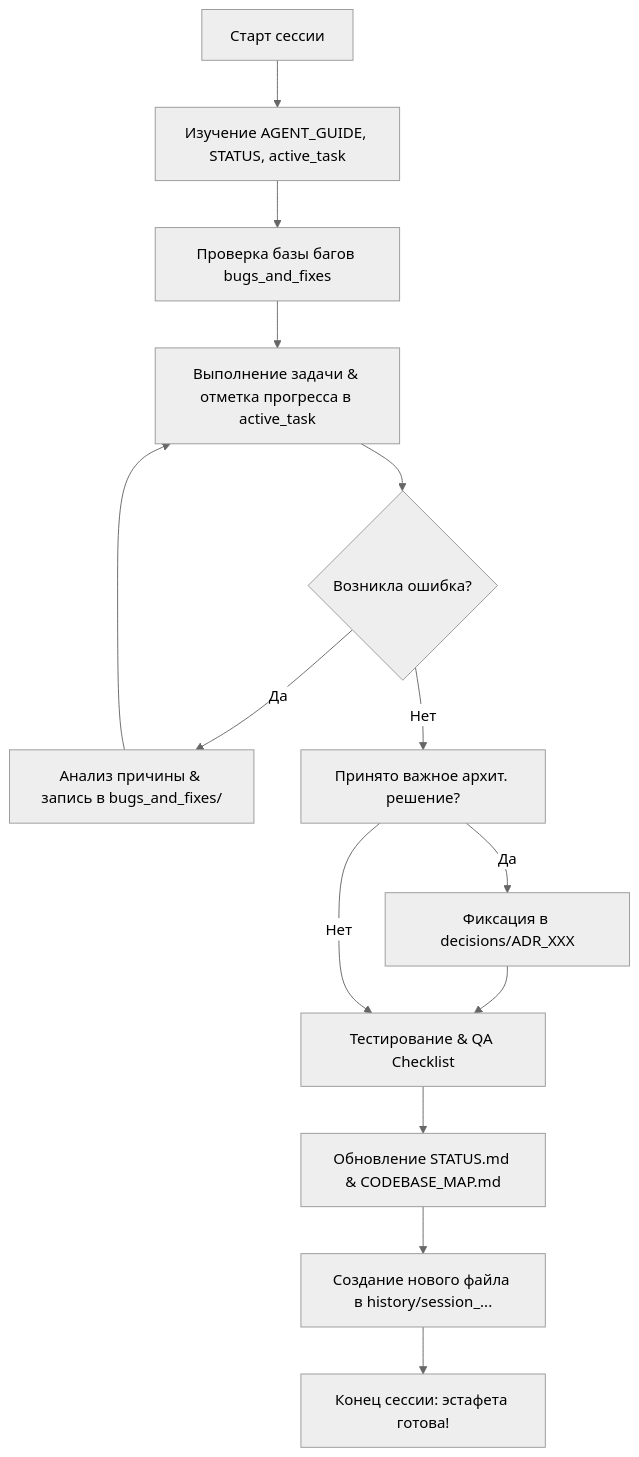
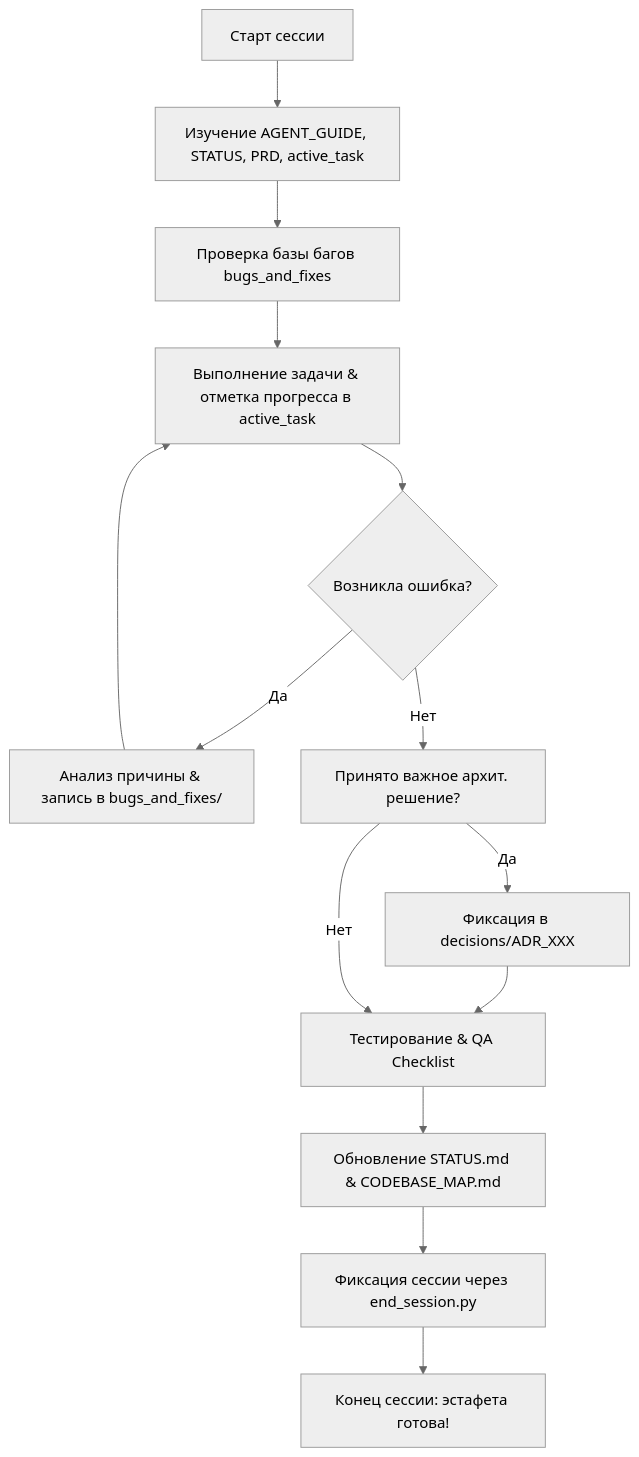
The diagram in agents/AGENT_GUIDE.md (madsaomi/agents), drawn with Mermaid (neutral theme) before and after one commit. The commit also changed other lines of this file and 11 other files, not shown here.

Commit message:
feat: add AI tool bridges, PRD roadmap, dump_context and end_session tools

````diff
--- a/agents/AGENT_GUIDE.md
+++ b/agents/AGENT_GUIDE.md
@@ -85,16 +91,16 @@
 ```mermaid
 graph TD
-    A[Старт сессии] --> B[Изучение AGENT_GUIDE, STATUS, active_task]
+    A[Старт сессии] --> B[Изучение AGENT_GUIDE, STATUS, PRD, active_task]
     B --> C[Проверка базы багов bugs_and_fixes]
     C --> D[Выполнение задачи & отметка прогресса в active_task]
     D --> E{Возникла ошибка?}
     E -- Да --> F[Анализ причины & запись в bugs_and_fixes/]
     F --> D
     E -- Нет --> G[Принято важное архит. решение?]
     G -- Да --> H[Фиксация в decisions/ADR_XXX]
     H --> I[Тестирование & QA Checklist]
     G -- Нет --> I
     I --> J[Обновление STATUS.md & CODEBASE_MAP.md]
-    J --> K[Создание нового файла в history/session_...]
+    J --> K[Фиксация сессии через end_session.py]
     K --> L[Конец сессии: эстафета готова!]
 ```
````
